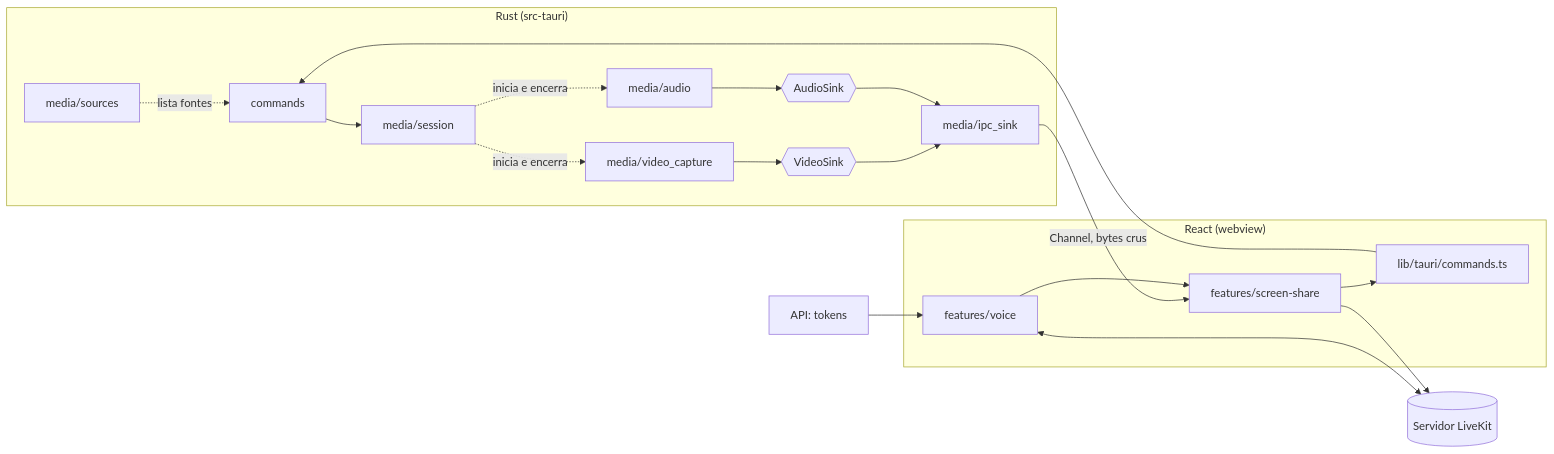
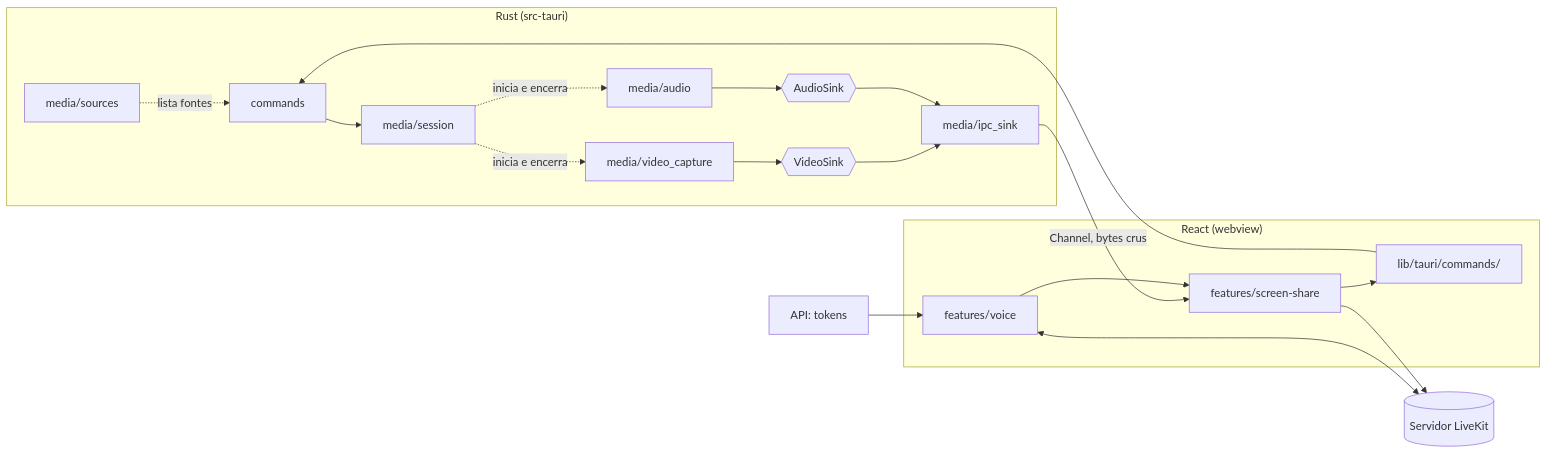
Before and after one commit to gustavo99g/ashtar: the first of 2 diagrams in ARCHITECTURE.md, drawn with Mermaid. The commit also changed other lines of this file and 3 other files, not shown here.

````diff
--- a/ARCHITECTURE.md
+++ b/ARCHITECTURE.md
@@ -27,22 +27,22 @@
 ```mermaid
 flowchart LR
   subgraph Rust["Rust (src-tauri)"]
     SRC[media/sources] -. lista fontes .-> CMD
     VC[media/video_capture] --> VS{{VideoSink}}
     AC[media/audio] --> AS{{AudioSink}}
     VS --> IPC[media/ipc_sink]
     AS --> IPC
     S[media/session] -. inicia e encerra .-> VC
     S -. inicia e encerra .-> AC
     CMD[commands] --> S
   end
   subgraph React["React (webview)"]
-    TS[lib/tauri/commands.ts] --> CMD
+    TS[lib/tauri/commands/] --> CMD
     IPC -- "Channel, bytes crus" --> SS[features/screen-share]
     SS --> TS
     V[features/voice] --> SS
   end
   V <--> LK[(Servidor LiveKit)]
   SS --> LK
   API[API: tokens] --> V
 ```
````
